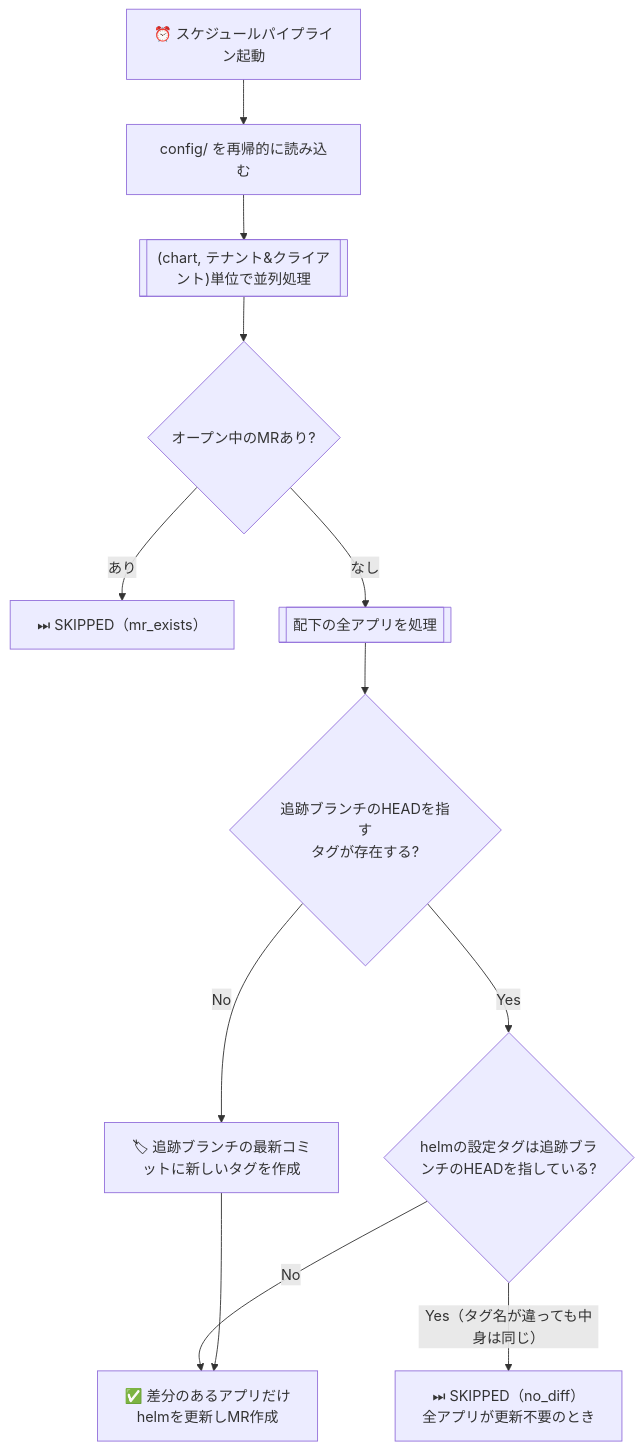
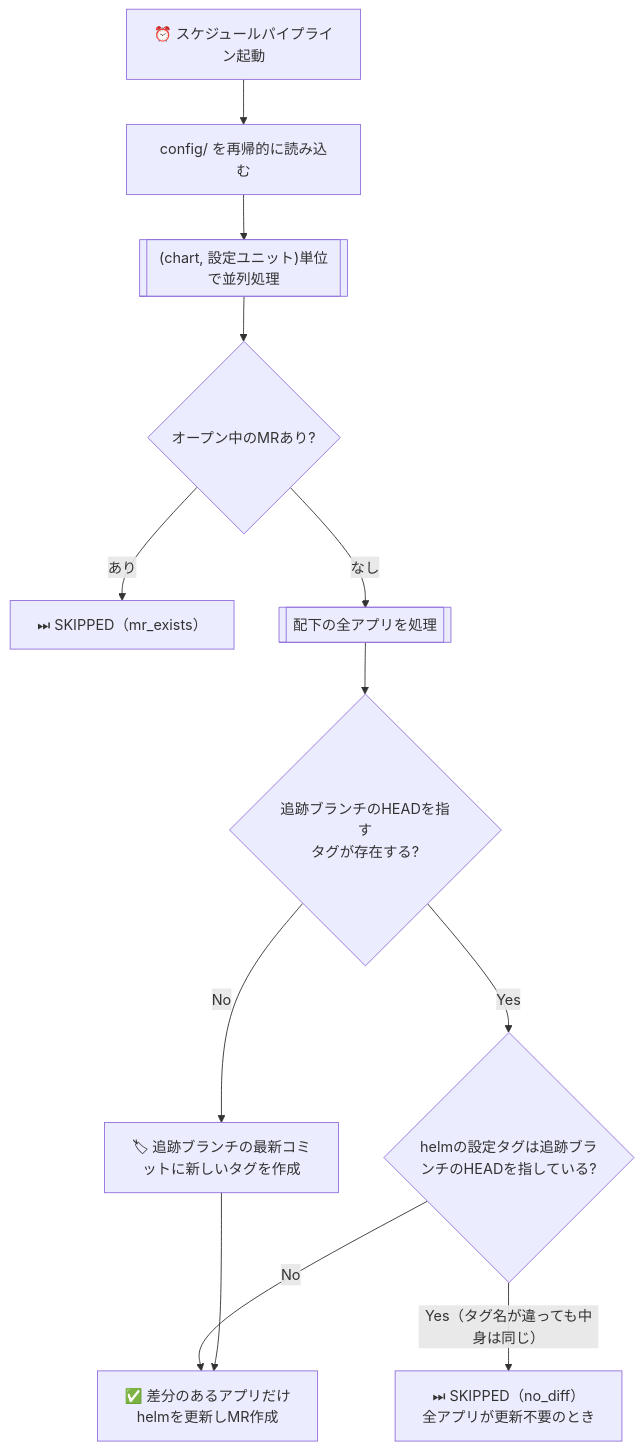
Before and after one commit to sinnlosses/helm-yadokari: the diagram in README.md, drawn with Mermaid. The commit also changed other lines of this file and 42 other files, not shown here.

````diff
--- a/README.md
+++ b/README.md
@@ -97,14 +97,14 @@
 ```mermaid
 flowchart TD
     A[⏰ スケジュールパイプライン起動] --> B[config/ を再帰的に読み込む]
-    B --> C[["(chart, テナント&クライアント)単位で並列処理"]]
+    B --> C[["(chart, 設定ユニット)単位で並列処理"]]
     C --> D{オープン中のMRあり?}
     D -->|あり| E1["⏭ SKIPPED（mr_exists）"]
     D -->|なし| F[[配下の全アプリを処理]]
     F --> G{追跡ブランチのHEADを指す<br>タグが存在する?}
     G -->|No| H[🏷 追跡ブランチの最新コミットに新しいタグを作成]
     G -->|Yes| I{helmの設定タグは追跡ブランチのHEADを指している?}
     I -->|Yes（タグ名が違っても中身は同じ）| E2["⏭ SKIPPED（no_diff）<br/>全アプリが更新不要のとき"]
     I -->|No| J[✅ 差分のあるアプリだけ<br>helmを更新しMR作成]
     H --> J
 ```
````
